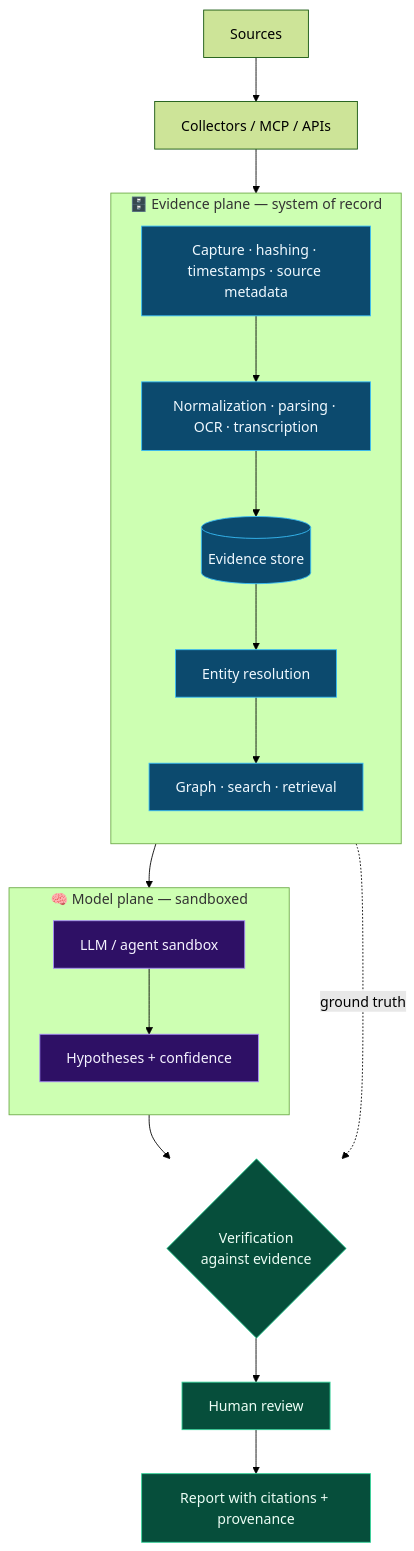
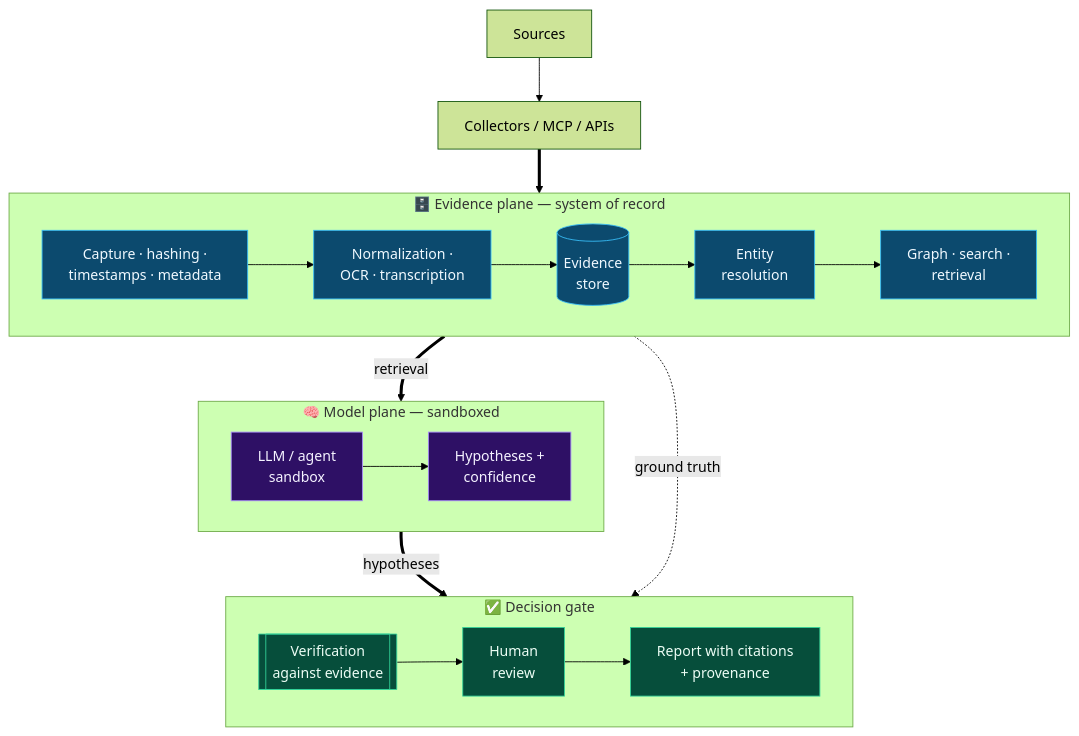
One commit to Ridd1kulusC0d3r/OSINTAI changed the second of 2 diagrams in README.md. Above: the diagram before and after it, drawn with Mermaid (forest theme). The commit also changed other lines of this file, not shown here.

First line of the commit message:
docs: make README diagrams compact and readable

````diff
--- a/README.md
+++ b/README.md
@@ -113,31 +114,34 @@
 ```mermaid
 flowchart TB
     S[Sources] --> C[Collectors / MCP / APIs]
 
     subgraph EP["🗄️ Evidence plane — system of record"]
-        direction TB
-        P[Capture · hashing · timestamps · source metadata] --> N[Normalization · parsing · OCR · transcription]
-        N --> E[(Evidence store)]
-        E --> R[Entity resolution]
-        R --> G[Graph · search · retrieval]
+        direction LR
+        P[Capture · hashing ·<br/>timestamps · metadata] --> N[Normalization ·<br/>OCR · transcription]
+        N --> E[(Evidence<br/>store)]
+        E --> R[Entity<br/>resolution]
+        R --> G[Graph · search ·<br/>retrieval]
     end
 
     subgraph MP["🧠 Model plane — sandboxed"]
-        direction TB
-        L[LLM / agent sandbox] --> H[Hypotheses + confidence]
+        direction LR
+        L[LLM / agent<br/>sandbox] --> H[Hypotheses +<br/>confidence]
     end
 
-    C --> P
-    G --> L
-    H --> V{Verification<br/>against evidence}
-    E -. ground truth .-> V
-    V --> HR[Human review]
-    HR --> RP[Report with citations + provenance]
+    subgraph GATE["✅ Decision gate"]
+        direction LR
+        V[[Verification<br/>against evidence]] --> HR[Human<br/>review] --> RP[Report with citations<br/>+ provenance]
+    end
+
+    C ==> EP
+    EP ==>|retrieval| MP
+    MP ==>|hypotheses| GATE
+    EP -. ground truth .-> GATE
 
     classDef ev fill:#0c4a6e,stroke:#38bdf8,color:#f0f9ff
     classDef mdl fill:#2e1065,stroke:#a78bfa,color:#f5f3ff
     classDef gate fill:#064e3b,stroke:#34d399,color:#ecfdf5
     class P,N,E,R,G ev
     class L,H mdl
     class V,HR,RP gate
 ```
````
